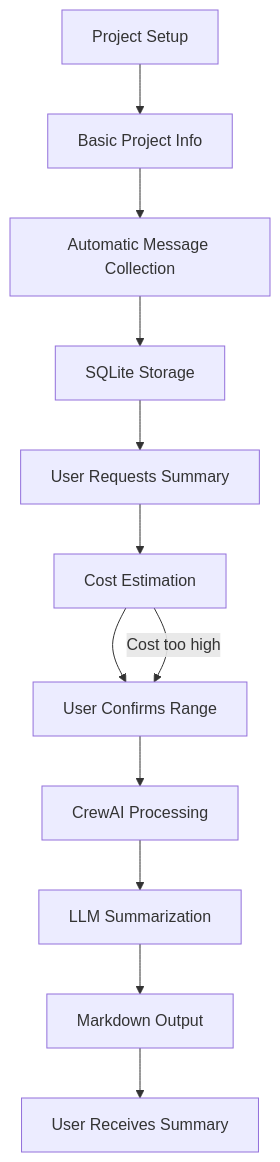
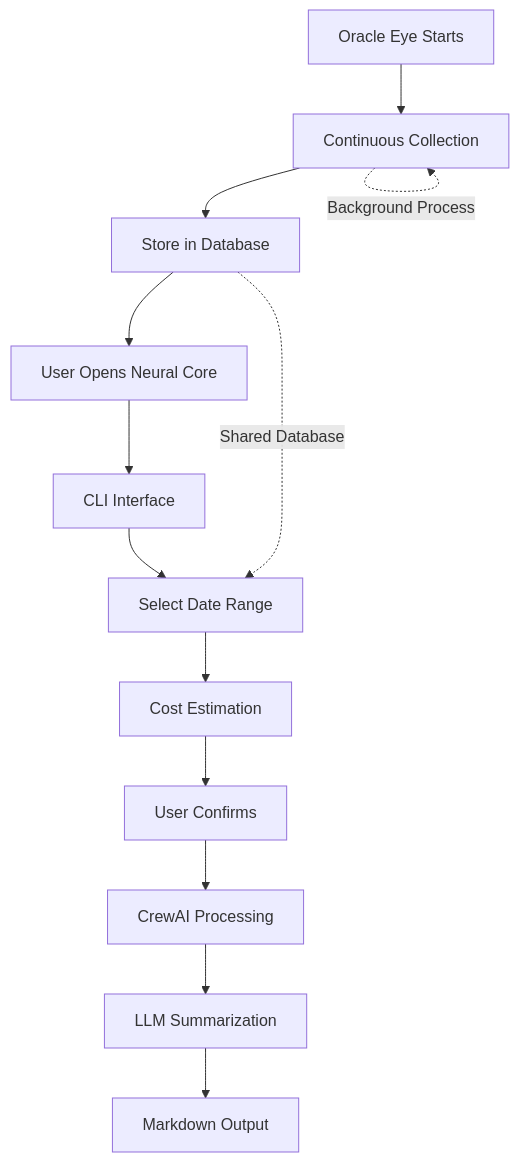
Before and after one commit to 0xthiagomartins/community-insights: the diagram in docs/how_it_works.md, drawn with Mermaid. The commit also changed other lines of this file and 16 other files, not shown here.

Commit message:
Add neural-core and oracle-eye services

````diff
--- a/docs/how_it_works.md
+++ b/docs/how_it_works.md
@@ -35,16 +61,17 @@
 ```mermaid
 flowchart TD
 
-A[Project Setup] --> B[Basic Project Info]
-B --> C[Automatic Message Collection]
-C --> D[SQLite Storage]
-D --> E[User Requests Summary]
-E --> F[Cost Estimation]
-F --> G[User Confirms Range]
-G --> H[CrewAI Processing]
-H --> I[LLM Summarization]
-I --> J[Markdown Output]
-J --> K[User Receives Summary]
+A[Oracle Eye Starts] --> B[Continuous Collection]
+B --> C[Store in Database]
+C --> D[User Opens Neural Core]
+D --> E[CLI Interface]
+E --> F[Select Date Range]
+F --> G[Cost Estimation]
+G --> H[User Confirms]
+H --> I[CrewAI Processing]
+I --> J[LLM Summarization]
+J --> K[Markdown Output]
 
-F -->|Cost too high| G
+B -.->|Background Process| B
+C -.->|Shared Database| F
 ```
````
